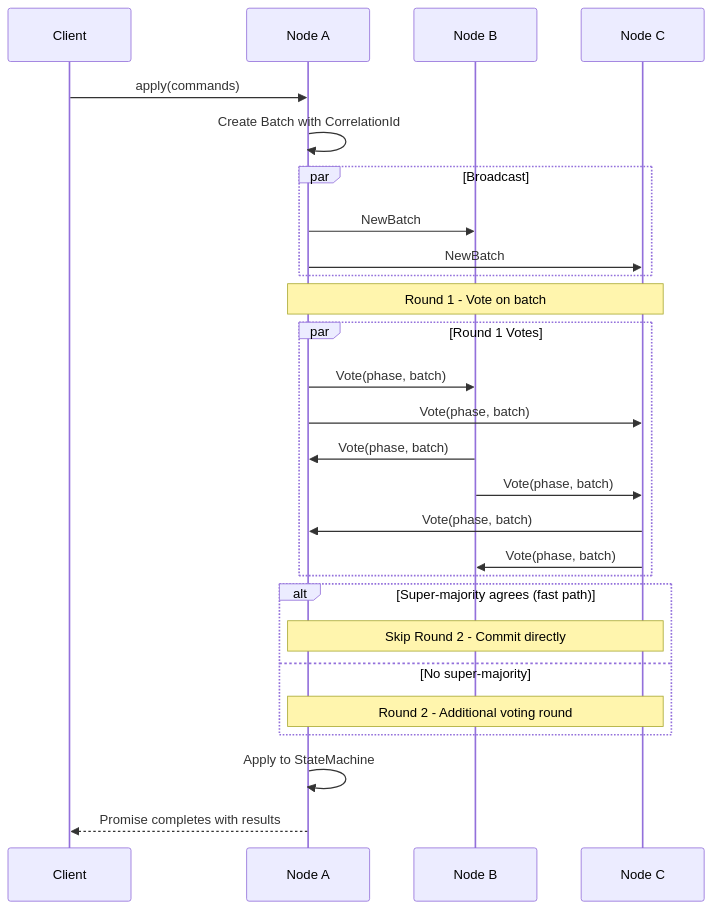
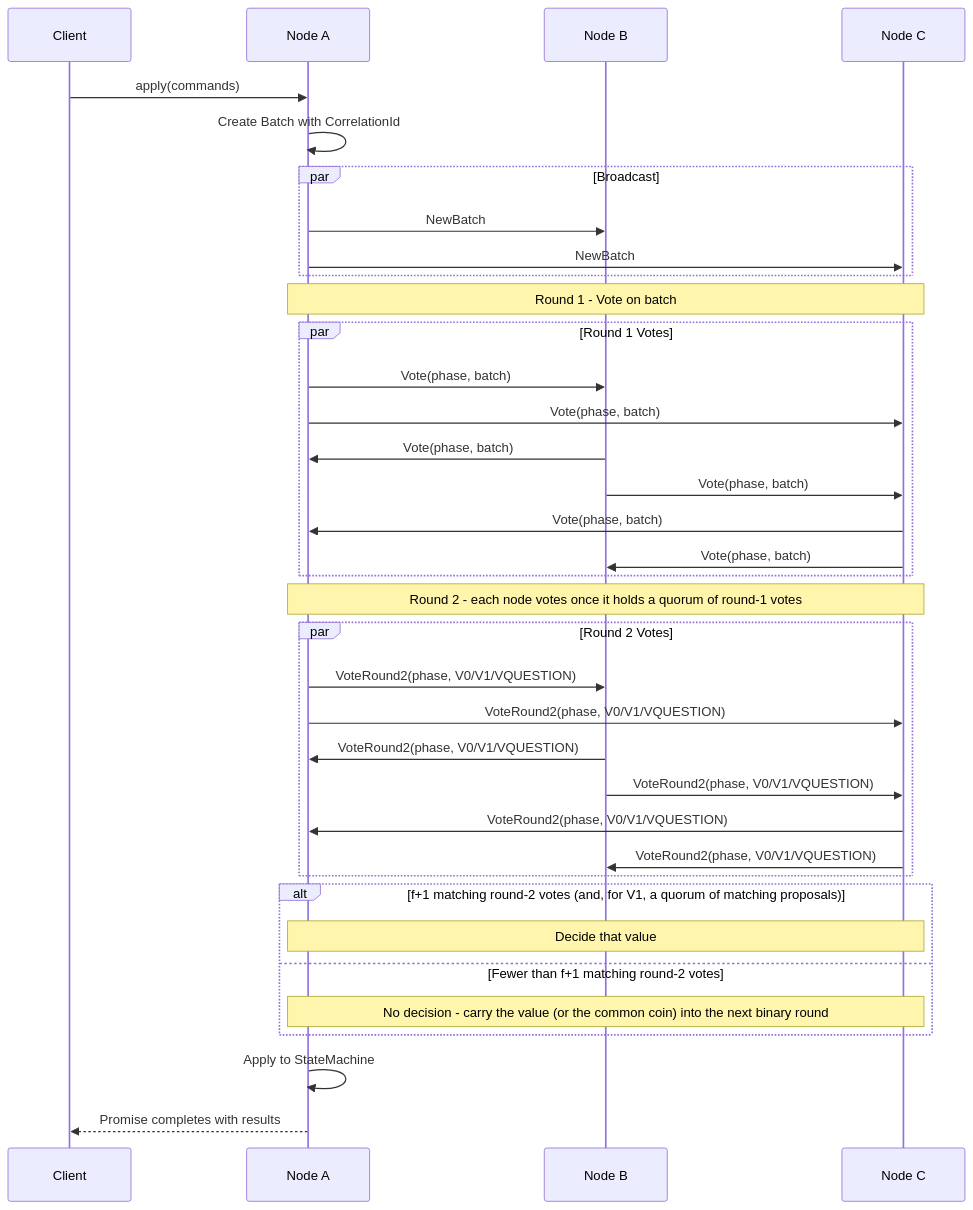
One commit to pragmaticalabs/pragmatica changed the first of 6 diagrams in aether/docs/architecture/01-consensus.md. Above: the diagram before and after it, drawn with Mermaid. The commit also changed other lines of this file and 15 other files, not shown here.

First line of the commit message:
fix: remove dead consensus_fast_path_total metric, correct round-1 fast-path docs (#2617) (#2623)

````diff
--- a/aether/docs/architecture/01-consensus.md
+++ b/aether/docs/architecture/01-consensus.md
@@ -24,35 +24,46 @@
 ```mermaid
 sequenceDiagram
     participant Client
     participant NodeA as Node A
     participant NodeB as Node B
     participant NodeC as Node C
 
     Client->>NodeA: apply(commands)
     NodeA->>NodeA: Create Batch with CorrelationId
 
     par Broadcast
         NodeA->>NodeB: NewBatch
         NodeA->>NodeC: NewBatch
     end
 
     Note over NodeA,NodeC: Round 1 - Vote on batch
 
     par Round 1 Votes
         NodeA->>NodeB: Vote(phase, batch)
         NodeA->>NodeC: Vote(phase, batch)
         NodeB->>NodeA: Vote(phase, batch)
         NodeB->>NodeC: Vote(phase, batch)
         NodeC->>NodeA: Vote(phase, batch)
         NodeC->>NodeB: Vote(phase, batch)
     end
 
-    alt Super-majority agrees (fast path)
-        Note over NodeA,NodeC: Skip Round 2 - Commit directly
-    else No super-majority
-        Note over NodeA,NodeC: Round 2 - Additional voting round
+    Note over NodeA,NodeC: Round 2 - each node votes once it holds a quorum of round-1 votes
+
+    par Round 2 Votes
+        NodeA->>NodeB: VoteRound2(phase, V0/V1/VQUESTION)
+        NodeA->>NodeC: VoteRound2(phase, V0/V1/VQUESTION)
+        NodeB->>NodeA: VoteRound2(phase, V0/V1/VQUESTION)
+        NodeB->>NodeC: VoteRound2(phase, V0/V1/VQUESTION)
+        NodeC->>NodeA: VoteRound2(phase, V0/V1/VQUESTION)
+        NodeC->>NodeB: VoteRound2(phase, V0/V1/VQUESTION)
+    end
+
+    alt f+1 matching round-2 votes (and, for V1, a quorum of matching proposals)
+        Note over NodeA,NodeC: Decide that value
+    else Fewer than f+1 matching round-2 votes
+        Note over NodeA,NodeC: No decision - carry the value (or the common coin) into the next binary round
     end
 
     NodeA->>NodeA: Apply to StateMachine
     NodeA-->>Client: Promise completes with results
 ```
````
